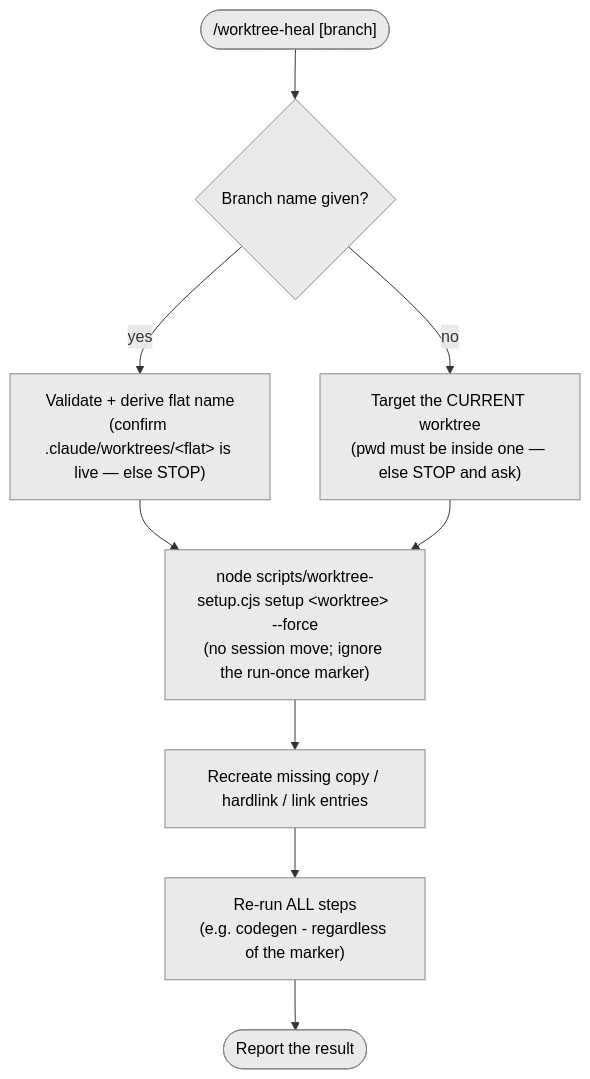
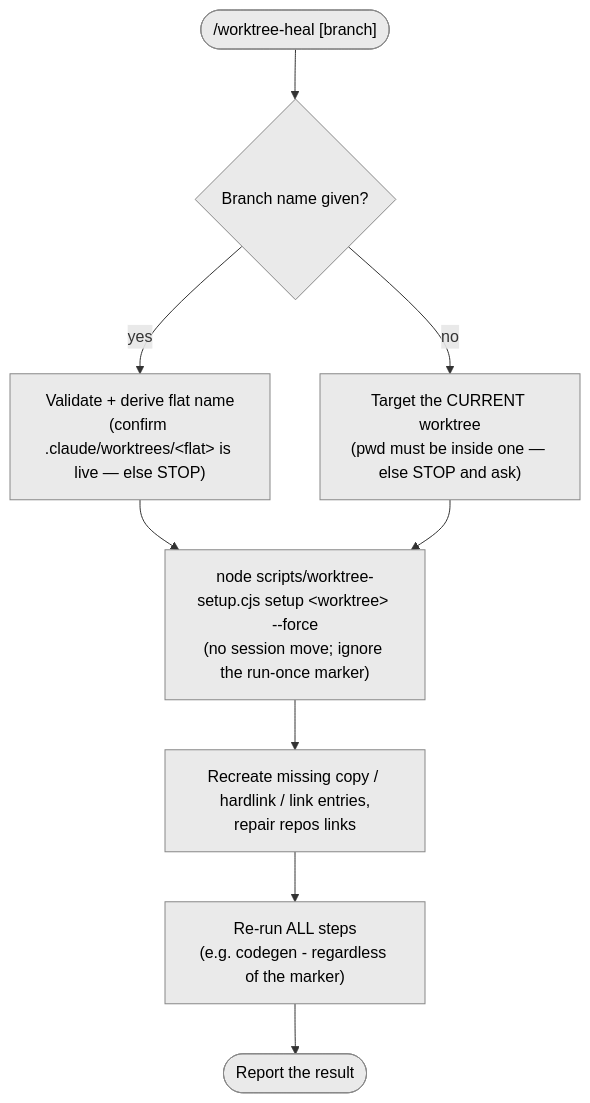
One commit to pilniczek/worktree-toolbox changed the second of 5 diagrams in worktree-per-issue/template/docs/worktrees.md. Above: the diagram before and after it, drawn with Mermaid. The commit also changed other lines of this file and 3 other files, not shown here.

````diff
--- a/worktree-per-issue/template/docs/worktrees.md
+++ b/worktree-per-issue/template/docs/worktrees.md
@@ -99,15 +99,15 @@
 ```mermaid
 flowchart TD
   start(["/worktree-heal [branch]"])
   start --> hasarg{"Branch name given?"}
   hasarg -->|"yes"| locate["Validate + derive flat name<br/>(confirm .claude/worktrees/&lt;flat&gt; is live — else STOP)"]
   hasarg -->|"no"| current["Target the CURRENT worktree<br/>(pwd must be inside one — else STOP and ask)"]
   locate --> heal
   current --> heal["node scripts/worktree-setup.cjs setup &lt;worktree&gt; --force<br/>(no session move; ignore the run-once marker)"]
-  heal --> nm["Recreate missing copy / hardlink / link entries"]
+  heal --> nm["Recreate missing copy / hardlink / link entries,<br/>repair repos links"]
   nm --> steps["Re-run ALL steps<br/>(e.g. codegen - regardless of the marker)"]
   steps --> report(["Report the result"])
 
   classDef step fill:#eaeaea,stroke:#888,color:#000;
   class start,hasarg,locate,current,heal,nm,steps,report step;
 ```
````
